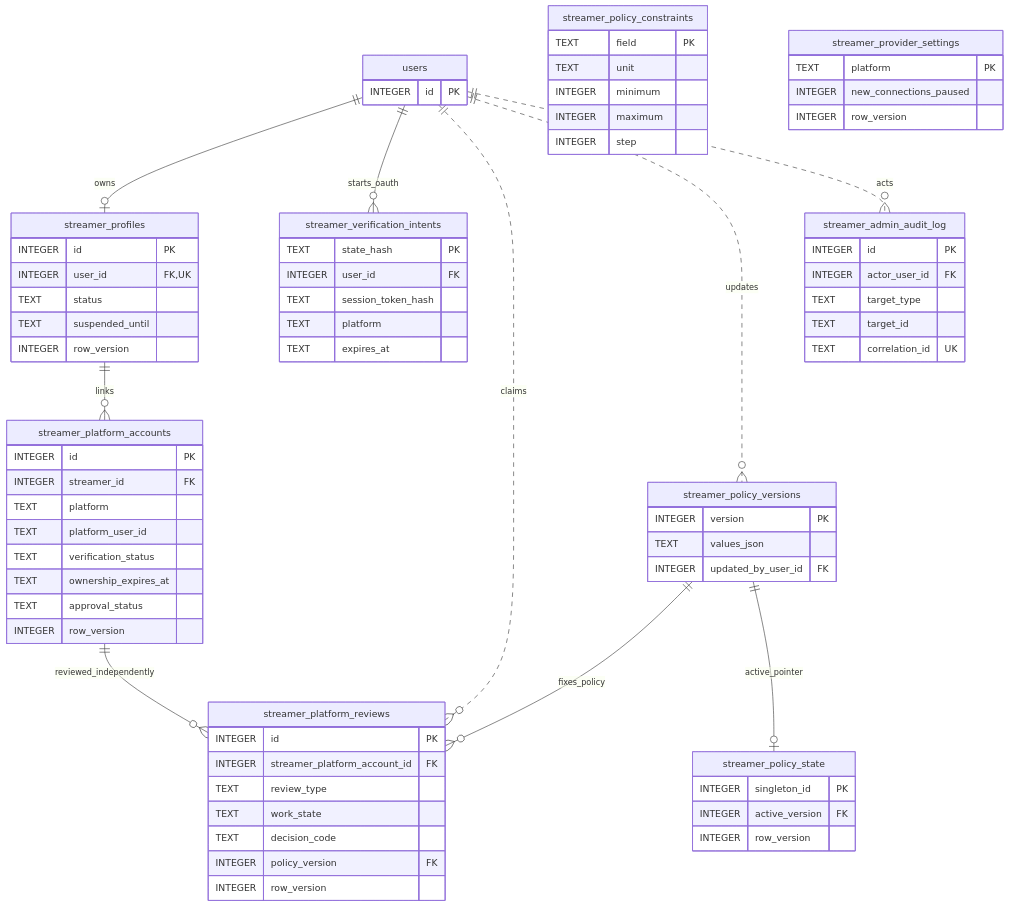
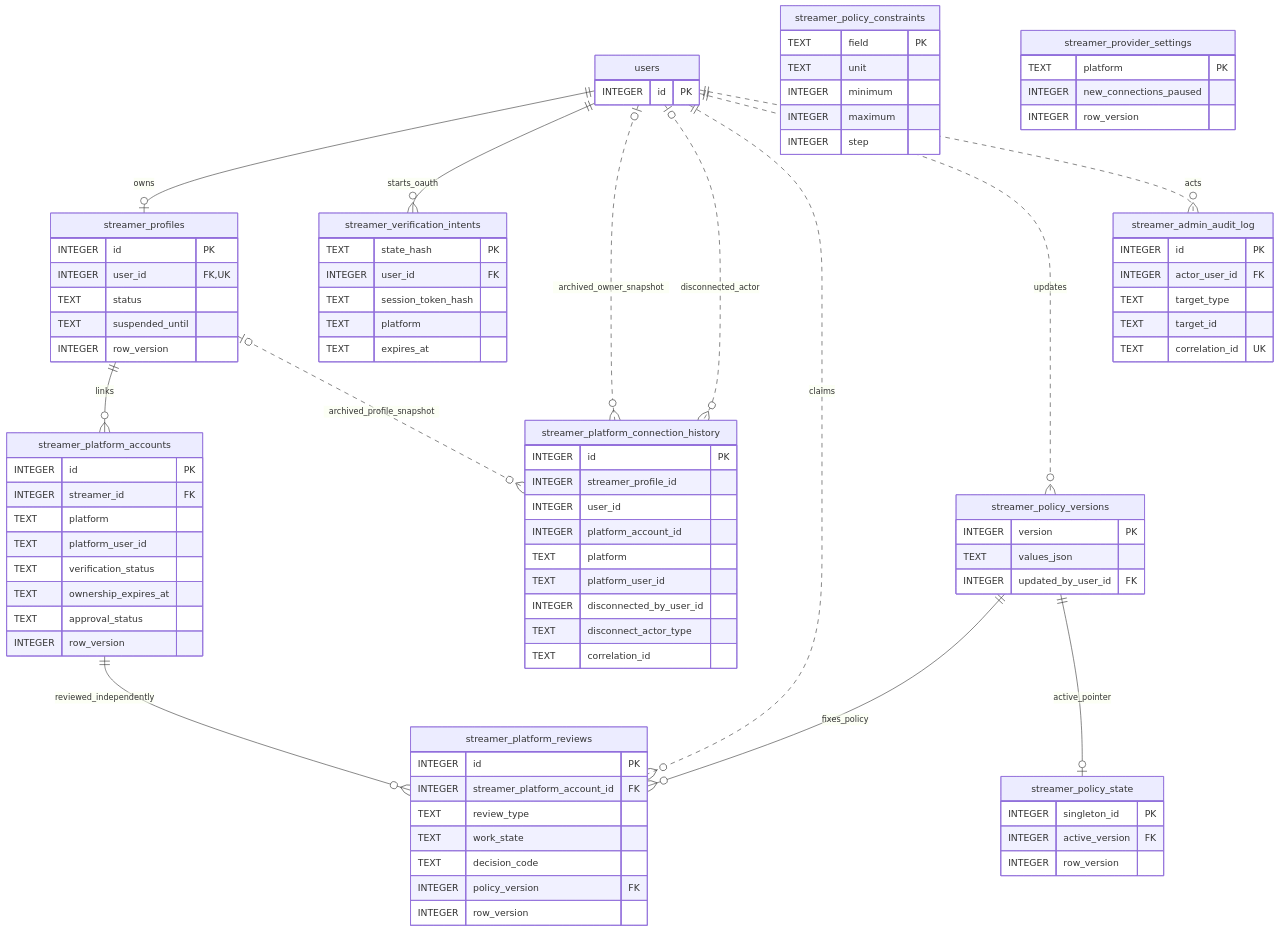
One commit to TaeyanG4/project-owogg changed the sixth of 7 diagrams in docs/ERD.md. Above: the diagram before and after it, drawn with Mermaid. The commit also changed other lines of this file and 42 other files, not shown here.

Commit message:
feat(profile): add streamer unlink and profile presentation

```diff
--- a/docs/ERD.md
+++ b/docs/ERD.md
@@ -579,6 +589,17 @@
     TEXT ownership_expires_at
     TEXT approval_status
     INTEGER row_version
+  }
+  streamer_platform_connection_history {
+    INTEGER id PK
+    INTEGER streamer_profile_id
+    INTEGER user_id
+    INTEGER platform_account_id
+    TEXT platform
+    TEXT platform_user_id
+    INTEGER disconnected_by_user_id
+    TEXT disconnect_actor_type
+    TEXT correlation_id
   }
   streamer_verification_intents {
     TEXT state_hash PK
@@ -629,6 +650,9 @@
   users ||--o| streamer_profiles : owns
   users ||--o{ streamer_verification_intents : starts_oauth
   streamer_profiles ||--o{ streamer_platform_accounts : links
+  users o|..o{ streamer_platform_connection_history : archived_owner_snapshot
+  users o|..o{ streamer_platform_connection_history : disconnected_actor
+  streamer_profiles o|..o{ streamer_platform_connection_history : archived_profile_snapshot
   streamer_platform_accounts ||--o{ streamer_platform_reviews : reviewed_independently
   streamer_policy_versions ||--o{ streamer_platform_reviews : fixes_policy
   streamer_policy_versions ||--o| streamer_policy_state : active_pointer
```
